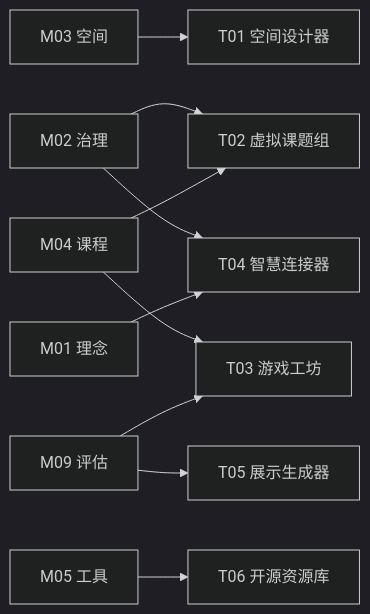
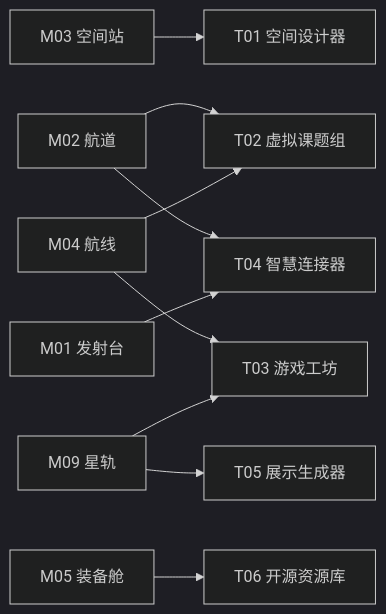
One commit to openwisdomlab/owlab changed the diagram in content/docs/zh/resources/index.mdx. Above: the diagram before and after it, drawn with Mermaid (dark theme). The commit also changed other lines of this file and 29 other files, not shown here.

````diff
--- a/content/docs/zh/resources/index.mdx
+++ b/content/docs/zh/resources/index.mdx
@@ -103,12 +103,12 @@
 ```mermaid
 graph LR
-    M03[M03 空间] --> T01[T01 空间设计器]
-    M02[M02 治理] --> T02[T02 虚拟课题组]
-    M04[M04 课程] --> T02
+    M03[M03 空间站] --> T01[T01 空间设计器]
+    M02[M02 航道] --> T02[T02 虚拟课题组]
+    M04[M04 航线] --> T02
     M04 --> T03[T03 游戏工坊]
-    M09[M09 评估] --> T03
+    M09[M09 星轨] --> T03
     M02 --> T04[T04 智慧连接器]
-    M01[M01 理念] --> T04
+    M01[M01 发射台] --> T04
     M09 --> T05[T05 展示生成器]
-    M05[M05 工具] --> T06[T06 开源资源库]
+    M05[M05 装备舱] --> T06[T06 开源资源库]
 ```
````
